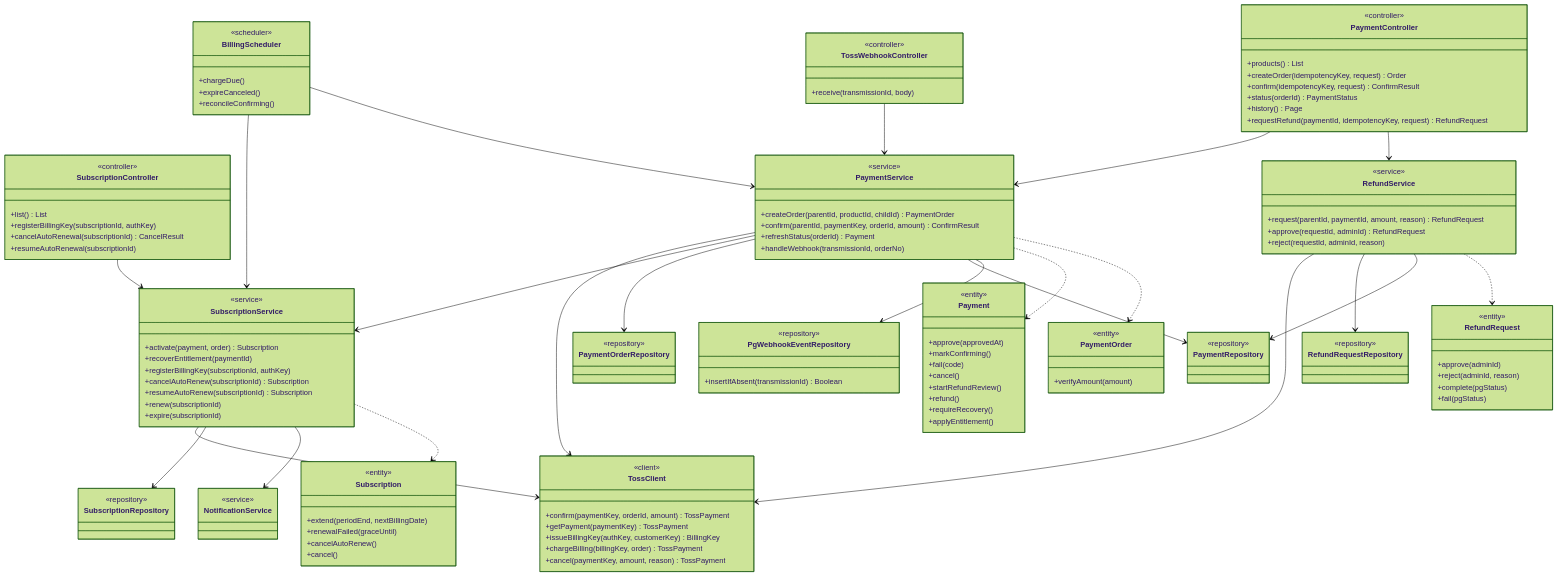
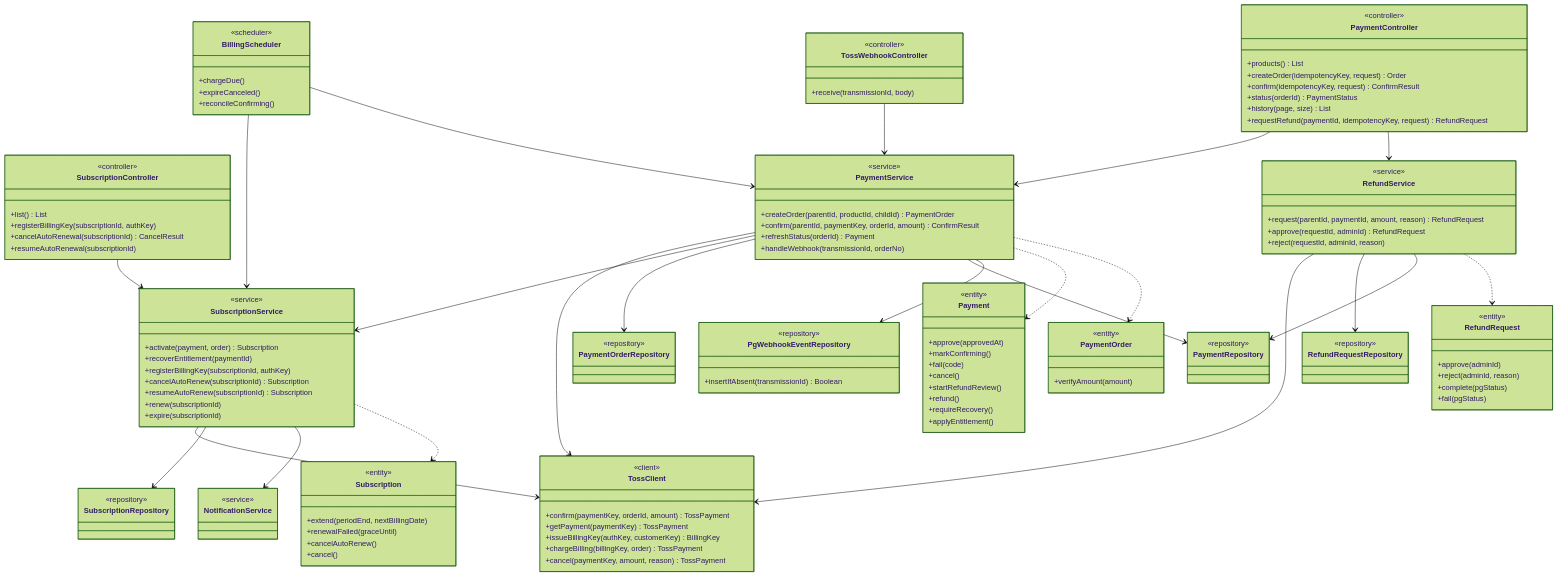
Before and after one commit to SKNETWORKS-FAMILY-AICAMP/SKN34-FINAL-3TEAM: the sixth of 23 diagrams in docs/design/class-diagram.md, drawn with Mermaid (forest theme). The commit also changed 1 other file, not shown here.

Commit message:
docs: 결제 목록 응답 예외·관리자 꾸미기 아이템 기본 size 문서 반영 (#862)
- api-spec 1.1 목록 예외에 결제 목록 4개({items}만, 받은 건수 < size면 마지막 페이지, INVALID_PAGE 409)와 /admin/look-items 기본 size 50 추가
- 2.6·2.8 결제 목록 행에 page&size와 {items} 표기
- class-diagram PaymentController history() 반환형 정정

```diff
--- a/docs/design/class-diagram.md
+++ b/docs/design/class-diagram.md
@@ -1037,7 +1037,7 @@
     +createOrder(idempotencyKey, request) Order
     +confirm(idempotencyKey, request) ConfirmResult
     +status(orderId) PaymentStatus
-    +history() Page
+    +history(page, size) List
     +requestRefund(paymentId, idempotencyKey, request) RefundRequest
   }
   class SubscriptionController {
```
